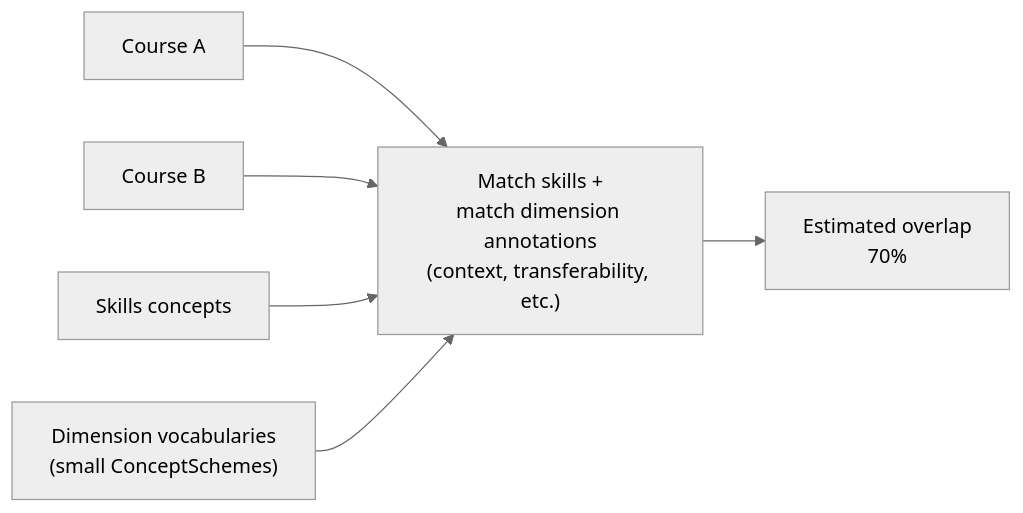
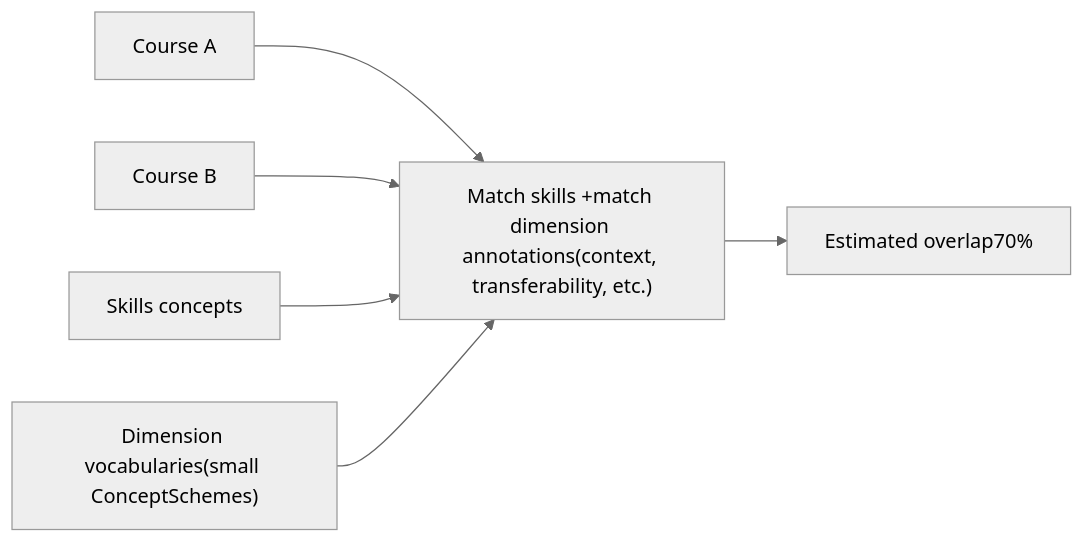
Before and after one commit to leskneebone/skills-SPARQL: the seventh of 18 diagrams in reports/creditTransfer.md, drawn with Mermaid (neutral theme). The commit also changed other lines of this file, not shown here.

````diff
--- a/reports/creditTransfer.md
+++ b/reports/creditTransfer.md
@@ -71,8 +71,8 @@
 ```mermaid
 flowchart LR
-  A["Course A"] --> M["Match skills +\nmatch dimension annotations\n(context, transferability, etc.)"]
+  A["Course A"] --> M["Match skills +match dimension annotations(context, transferability, etc.)"]
   B["Course B"] --> M
   S["Skills concepts"] --> M
-  D["Dimension vocabularies\n(small ConceptSchemes)"] --> M
-  M --> O["Estimated overlap\n70%"]
+  D["Dimension vocabularies(small ConceptSchemes)"] --> M
+  M --> O["Estimated overlap70%"]
 ```
````
